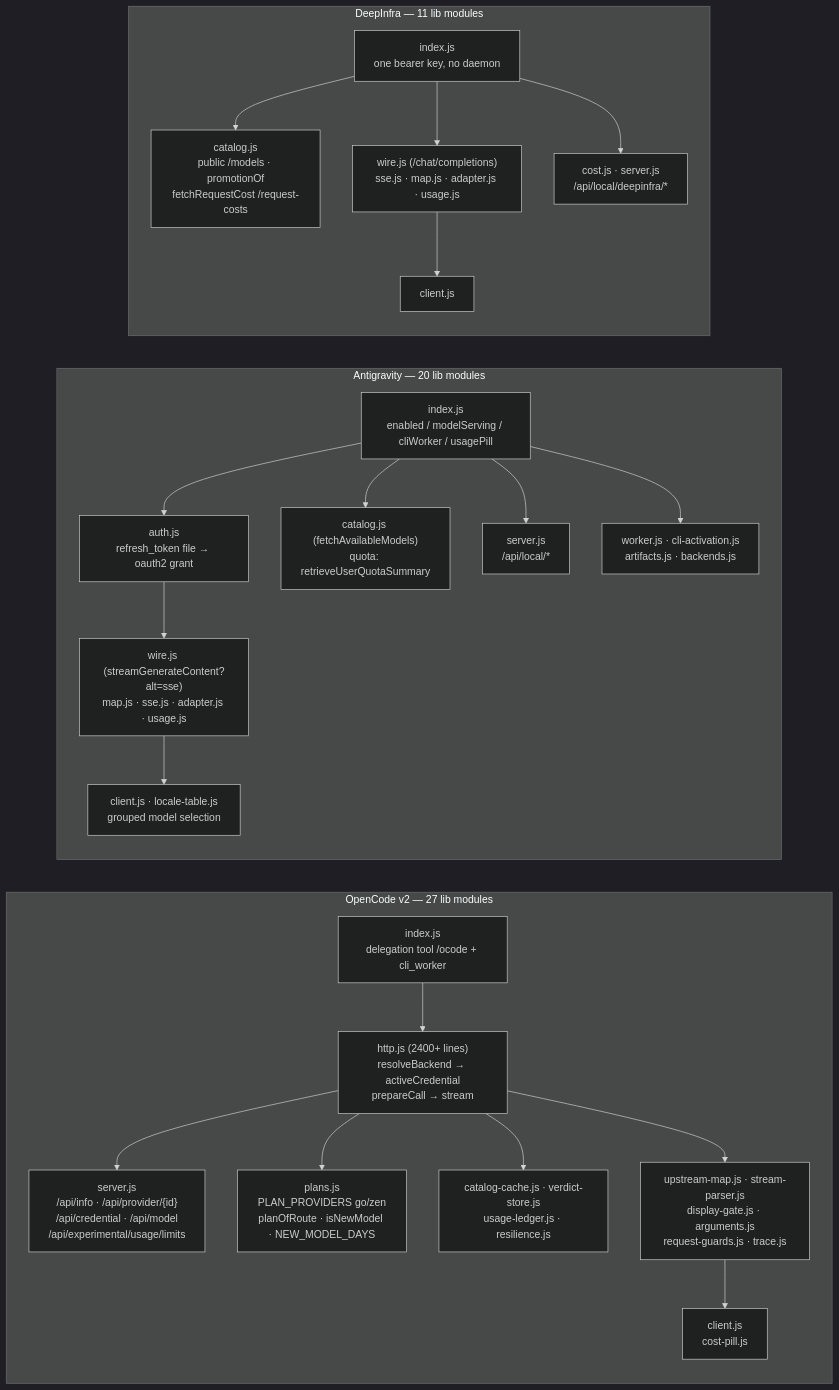
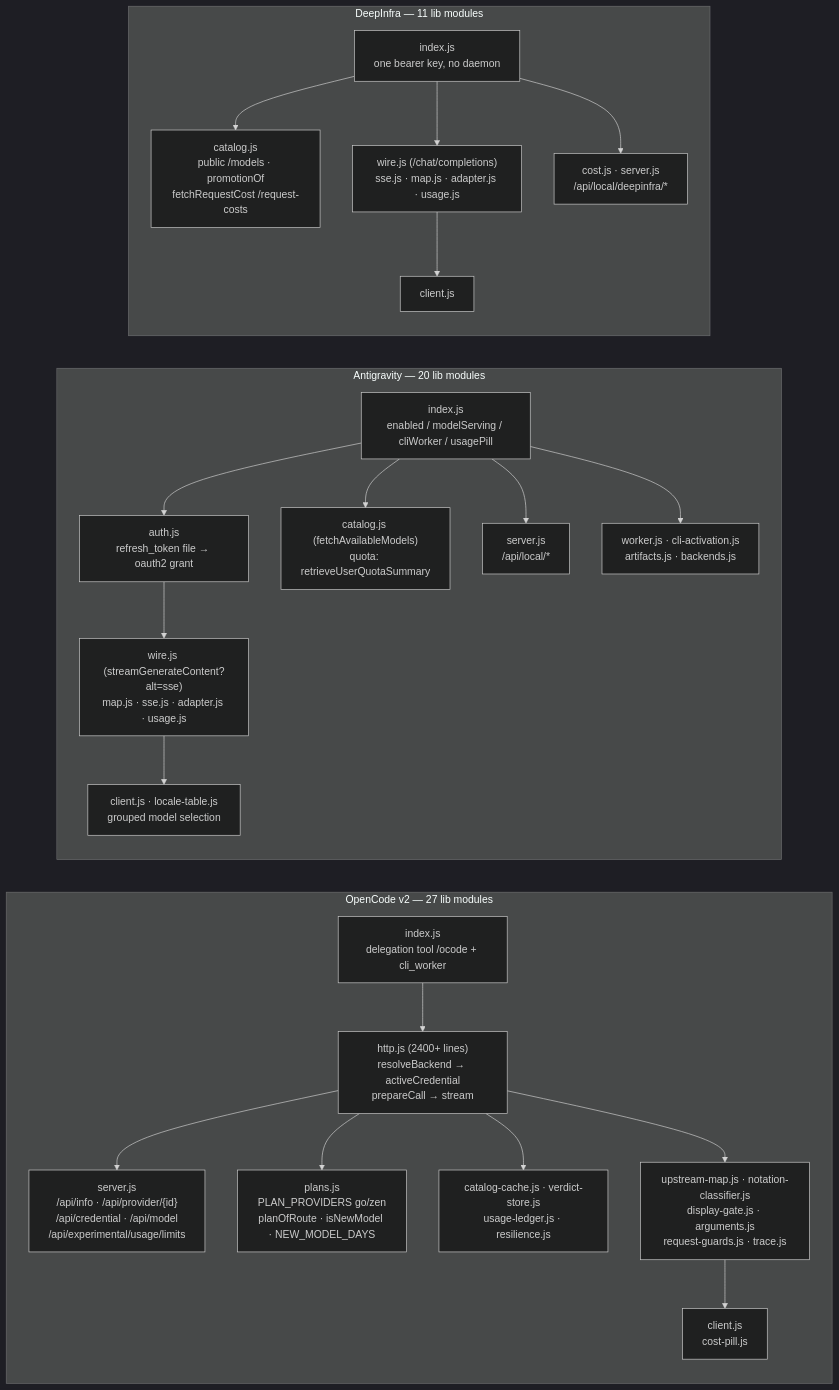
Before and after one commit to Nolitor/dsh-plugins: the second of 4 diagrams in dsh-custom-router/docs/CUSTOM-ROUTER-ARCHITECTURE.md, drawn with Mermaid (dark theme). The commit also changed other lines of this file and 12 other files, not shown here.

````diff
--- a/dsh-custom-router/docs/CUSTOM-ROUTER-ARCHITECTURE.md
+++ b/dsh-custom-router/docs/CUSTOM-ROUTER-ARCHITECTURE.md
@@ -97,36 +97,36 @@
 ```mermaid
 flowchart LR
   subgraph OCM["OpenCode v2 — 27 lib modules"]
     OC_IN["index.js<br/>delegation tool /ocode + cli_worker"]
     OC_HTTP["http.js (2400+ lines)<br/>resolveBackend → activeCredential<br/>prepareCall → stream"]
     OC_PLAN["plans.js<br/>PLAN_PROVIDERS go/zen<br/>planOfRoute · isNewModel · NEW_MODEL_DAYS"]
     OC_CAT["catalog-cache.js · verdict-store.js<br/>usage-ledger.js · resilience.js"]
-    OC_WIRE["upstream-map.js · stream-parser.js<br/>display-gate.js · arguments.js<br/>request-guards.js · trace.js"]
+    OC_WIRE["upstream-map.js · notation-classifier.js<br/>display-gate.js · arguments.js<br/>request-guards.js · trace.js"]
     OC_SRV["server.js<br/>/api/info · /api/provider/{id}<br/>/api/credential · /api/model<br/>/api/experimental/usage/limits"]
     OC_CLI["client.js<br/>cost-pill.js"]
   end
   subgraph AGM["Antigravity — 20 lib modules"]
     AG_IN["index.js<br/>enabled / modelServing / cliWorker / usagePill"]
     AG_AUTH["auth.js<br/>refresh_token file → oauth2 grant"]
     AG_WIRE["wire.js (streamGenerateContent?alt=sse)<br/>map.js · sse.js · adapter.js · usage.js"]
     AG_CAT["catalog.js (fetchAvailableModels)<br/>quota: retrieveUserQuotaSummary"]
     AG_SRV["server.js<br/>/api/local/*"]
     AG_CLI["client.js · locale-table.js<br/>grouped model selection"]
     AG_WORK["worker.js · cli-activation.js<br/>artifacts.js · backends.js"]
   end
   subgraph DIM["DeepInfra — 11 lib modules"]
     DI_IN["index.js<br/>one bearer key, no daemon"]
     DI_CAT["catalog.js<br/>public /models · promotionOf<br/>fetchRequestCost /request-costs"]
     DI_WIRE["wire.js (/chat/completions)<br/>sse.js · map.js · adapter.js · usage.js"]
     DI_COST["cost.js · server.js<br/>/api/local/deepinfra/*"]
     DI_CLI["client.js"]
   end
   OC_IN --> OC_HTTP --> OC_SRV
   OC_HTTP --> OC_PLAN & OC_CAT & OC_WIRE
   OC_WIRE --> OC_CLI
   AG_IN --> AG_AUTH --> AG_WIRE
   AG_IN --> AG_CAT & AG_SRV & AG_WORK
   AG_WIRE --> AG_CLI
   DI_IN --> DI_CAT & DI_WIRE & DI_COST
   DI_WIRE --> DI_CLI
 ```
````
